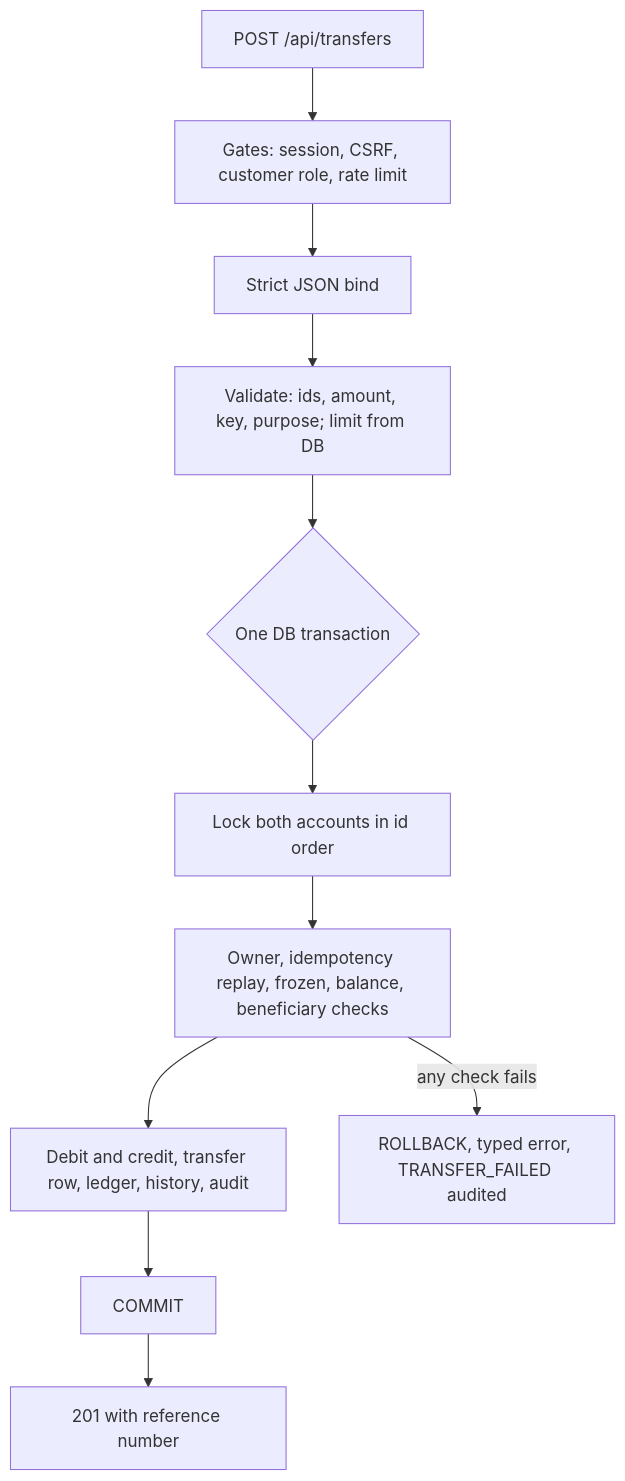
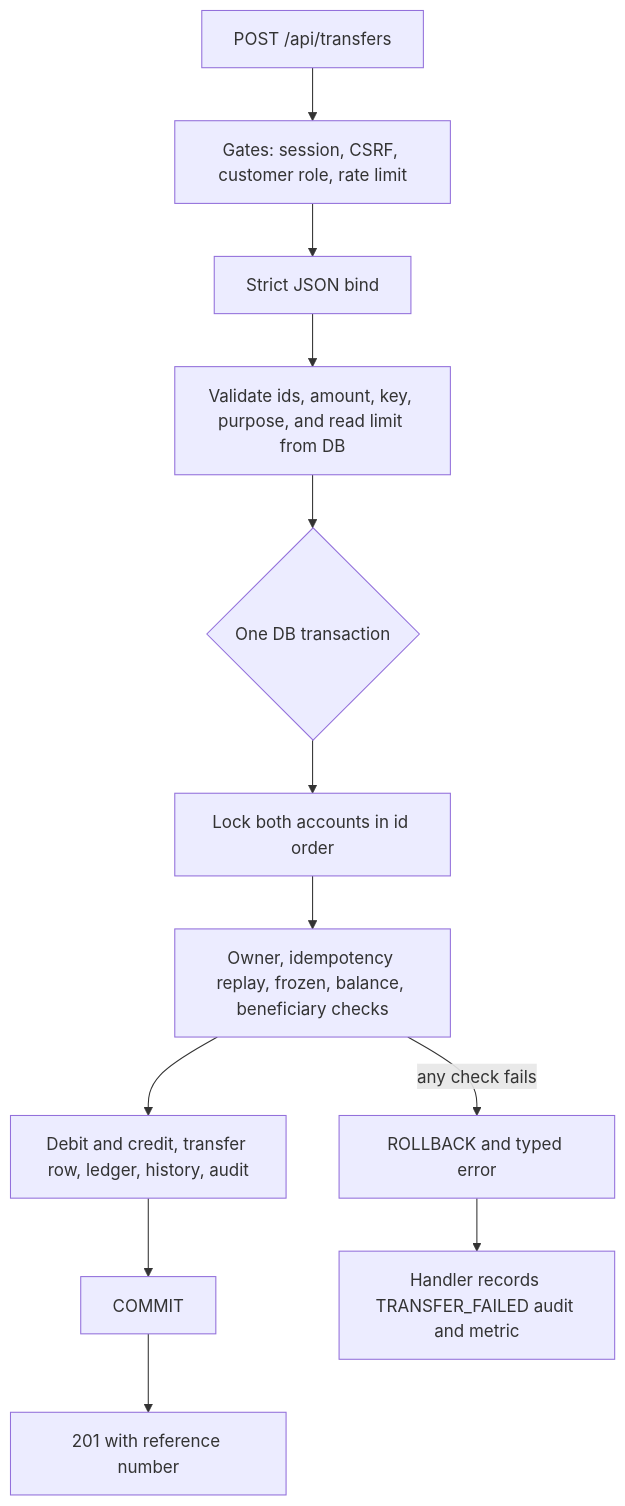
One commit to harshatha-exe/bank-app changed the third of 3 diagrams in docs/design.md. Above: the diagram before and after it, drawn with Mermaid. The commit also changed other lines of this file and 4 other files, not shown here.

Commit message:
Fix: [docs/] mermaid flows , missing apis

````diff
--- a/docs/design.md
+++ b/docs/design.md
@@ -96,13 +112,14 @@
 ```mermaid
 flowchart TD
     A["POST /api/transfers"] --> B["Gates: session, CSRF, customer role, rate limit"]
     B --> C["Strict JSON bind"]
-    C --> D["Validate: ids, amount, key, purpose; limit from DB"]
+    C --> D["Validate ids, amount, key, purpose, and read limit from DB"]
     D --> E{"One DB transaction"}
     E --> F["Lock both accounts in id order"]
     F --> G["Owner, idempotency replay, frozen, balance, beneficiary checks"]
     G --> H["Debit and credit, transfer row, ledger, history, audit"]
     H --> I["COMMIT"]
     I --> J["201 with reference number"]
-    G -->|"any check fails"| K["ROLLBACK, typed error, TRANSFER_FAILED audited"]
+    G -->|"any check fails"| K["ROLLBACK and typed error"]
+    K --> L["Handler records TRANSFER_FAILED audit and metric"]
 ```
````
